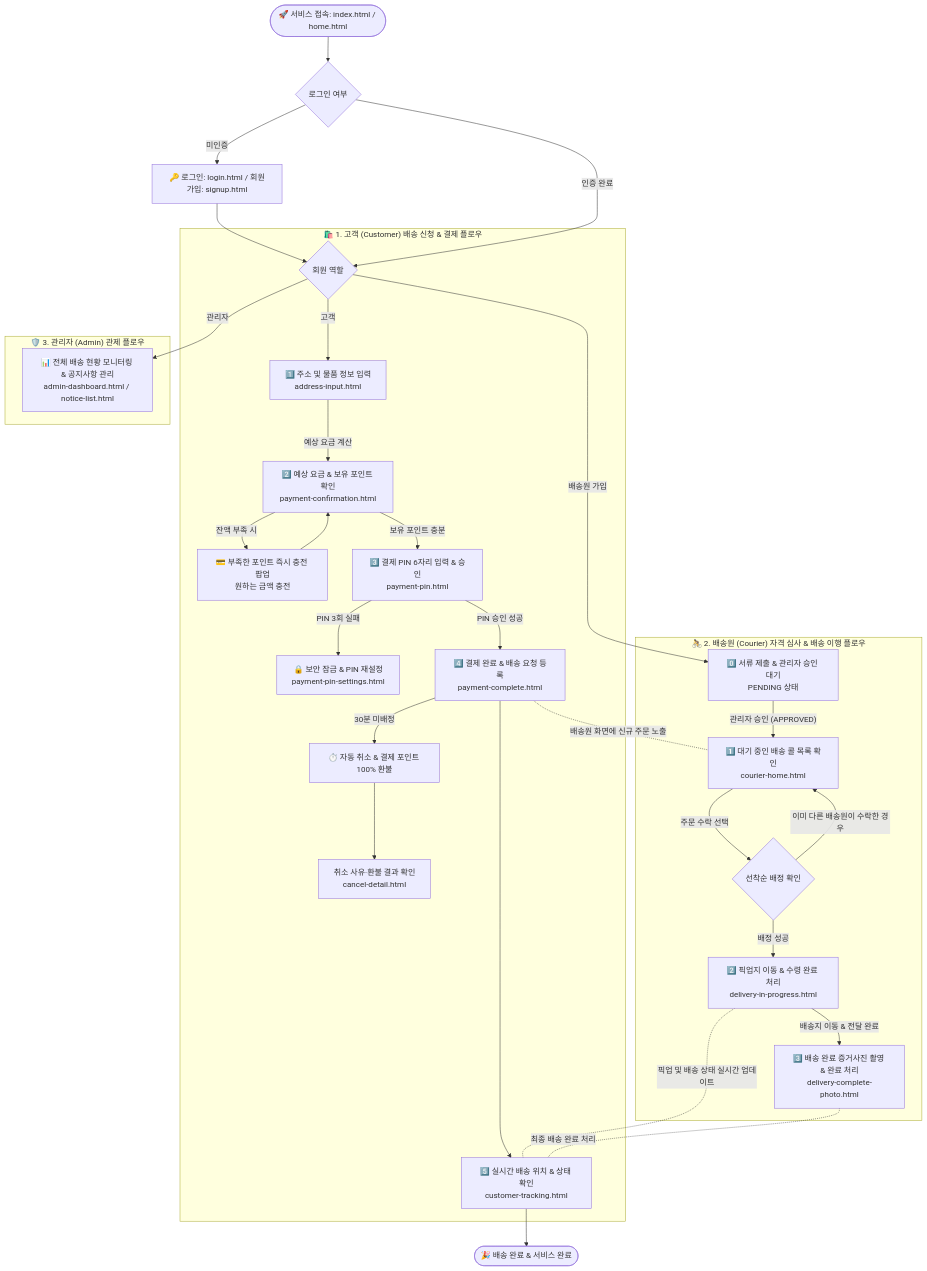
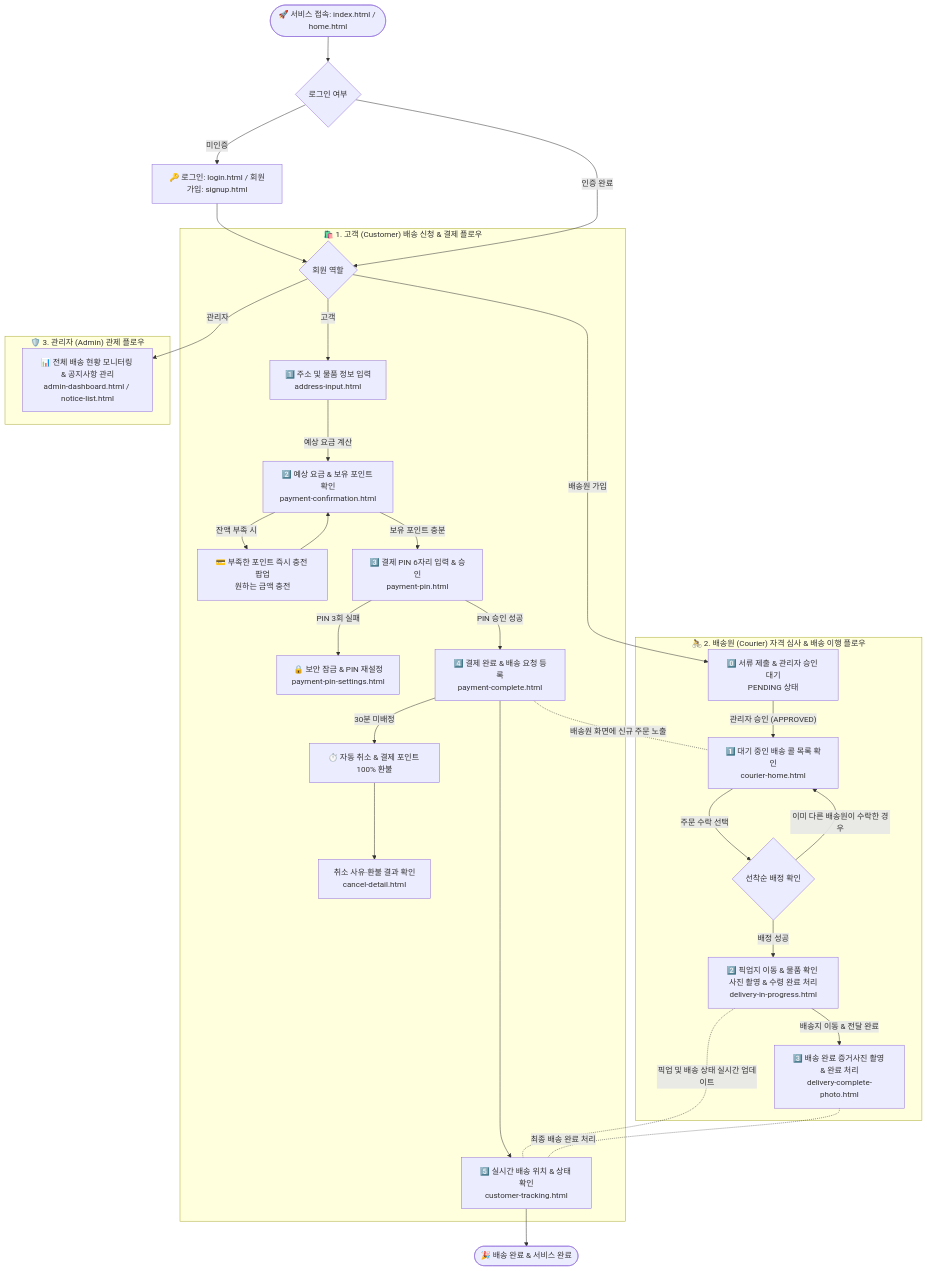
Before and after one commit to ShinhanDSProject/shinhan-delivery: the first of 3 diagrams in docs/architecture/전체-유저-플로우-가이드.md, drawn with Mermaid. The commit also changed other lines of this file and 1 other file, not shown here.

First line of the commit message:
fix: 리뷰 반영 - 유저 플로우 가이드 다이어그램 동기화 및 테스트 보강

````diff
--- a/docs/architecture/전체-유저-플로우-가이드.md
+++ b/docs/architecture/전체-유저-플로우-가이드.md
@@ -29,55 +29,55 @@
 ```mermaid
 flowchart TD
     %% 시작 및 인증
     Start([🚀 서비스 접속: index.html / home.html]) --> AuthChoice{로그인 여부}
     
     AuthChoice -- 미인증 --> Login[🔑 로그인: login.html / 회원가입: signup.html]
     Login --> RoleChoice{회원 역할}
     AuthChoice -- 인증 완료 --> RoleChoice
 
     %% -------------------------------------------------------------
     %% 1. 고객 (Customer) 유저 플로우
     %% -------------------------------------------------------------
     subgraph CustomerFlow ["🛍️ 1. 고객 (Customer) 배송 신청 & 결제 플로우"]
         RoleChoice -- 고객 --> AddrInput[1️⃣ 주소 및 물품 정보 입력<br/>address-input.html]
         AddrInput -- 예상 요금 계산 --> PayConfirm[2️⃣ 예상 요금 & 보유 포인트 확인<br/>payment-confirmation.html]
         
         PayConfirm -- 잔액 부족 시 --> PointCharge[💳 부족한 포인트 즉시 충전 팝업<br/>원하는 금액 충전]
         PointCharge --> PayConfirm
         
         PayConfirm -- 보유 포인트 충분 --> PayPin[3️⃣ 결제 PIN 6자리 입력 & 승인<br/>payment-pin.html]
         PayPin -- PIN 3회 실패 --> PinLock[🔒 보안 잠금 & PIN 재설정<br/>payment-pin-settings.html]
         PayPin -- PIN 승인 성공 --> PayComplete[4️⃣ 결제 완료 & 배송 요청 등록<br/>payment-complete.html]
         
         PayComplete --> Tracking[5️⃣ 실시간 배송 위치 & 상태 확인<br/>customer-tracking.html]
         PayComplete -- 30분 미배정 --> TimeoutRefund[⏱️ 자동 취소 & 결제 포인트 100% 환불]
         TimeoutRefund --> CancelDetail[취소 사유·환불 결과 확인<br/>cancel-detail.html]
     end
 
     %% -------------------------------------------------------------
     %% 2. 배송원 (Courier) 유저 플로우
     %% -------------------------------------------------------------
     subgraph CourierFlow ["🚴 2. 배송원 (Courier) 자격 심사 & 배송 이행 플로우"]
         RoleChoice -- 배송원 가입 --> CourierPending[0️⃣ 서류 제출 & 관리자 승인 대기<br/>PENDING 상태]
         CourierPending -- 관리자 승인 (APPROVED) --> CourierDash[1️⃣ 대기 중인 배송 콜 목록 확인<br/>courier-home.html]
         
         CourierDash -- 주문 수락 선택 --> MatchCheck{선착순 배정 확인}
         MatchCheck -- 이미 다른 배송원이 수락한 경우 --> CourierDash
-        MatchCheck -- 배정 성공 --> CourierPickup[2️⃣ 픽업지 이동 & 수령 완료 처리<br/>delivery-in-progress.html]
+        MatchCheck -- 배정 성공 --> CourierPickup[2️⃣ 픽업지 이동 & 물품 확인 사진 촬영 & 수령 완료 처리<br/>delivery-in-progress.html]
         
         CourierPickup -- 배송지 이동 & 전달 완료 --> CourierComplete[3️⃣ 배송 완료 증거사진 촬영 & 완료 처리<br/>delivery-complete-photo.html]
     end
 
     %% -------------------------------------------------------------
     %% 3. 관리자 (Admin) 유저 플로우
     %% -------------------------------------------------------------
     subgraph AdminFlow ["🛡️ 3. 관리자 (Admin) 관제 플로우"]
         RoleChoice -- 관리자 --> AdminDash[📊 전체 배송 현황 모니터링 & 공지사항 관리<br/>admin-dashboard.html / notice-list.html]
     end
 
     %% 실시간 상호작용 연결
     PayComplete -. 배송원 화면에 신규 주문 노출 .- CourierDash
     CourierPickup -. 픽업 및 배송 상태 실시간 업데이트 .- Tracking
     CourierComplete -. 최종 배송 완료 처리 .- Tracking
     Tracking --> Finish([🎉 배송 완료 & 서비스 완료])
 ```
````
